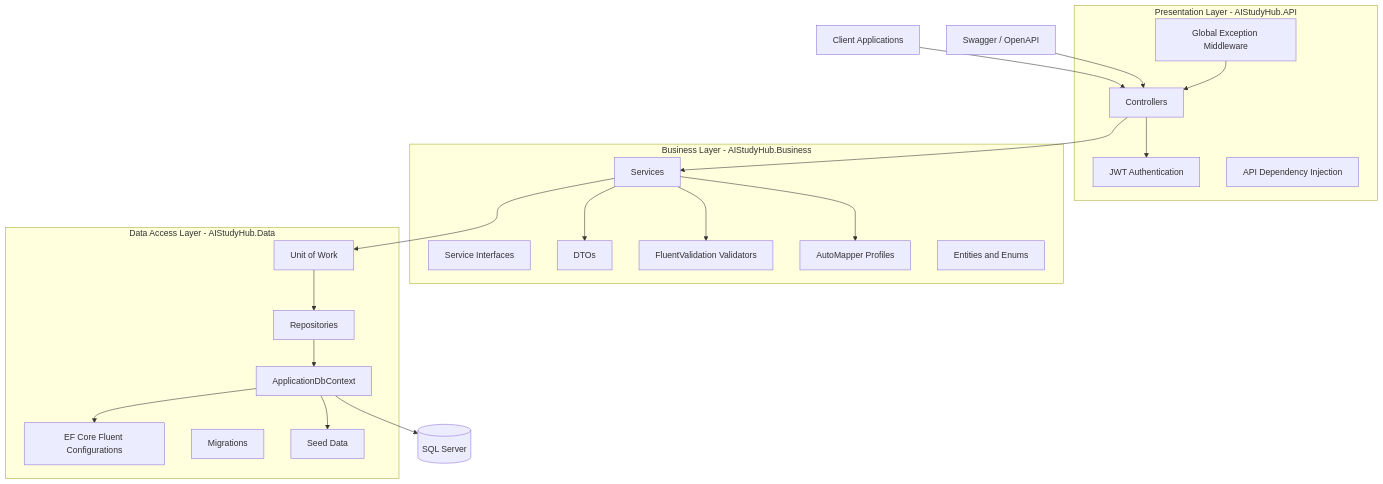
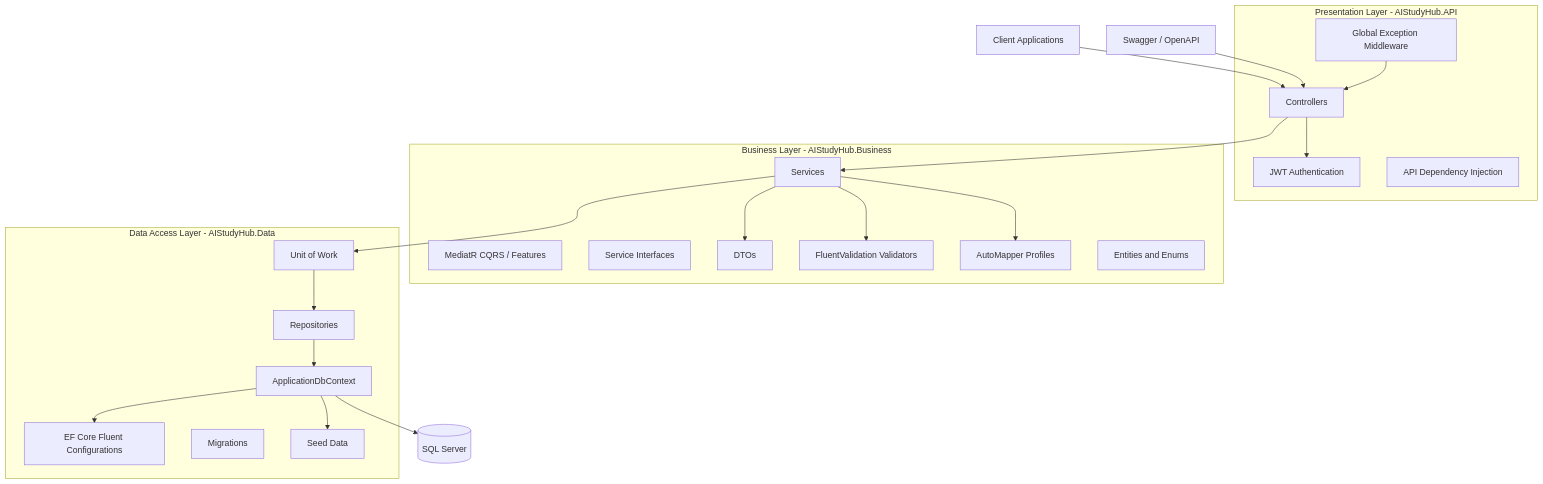
The first of 4 diagrams in docs/ARCHITECTURE.md (SWP391-SU26-SE1923-GROUP5/BE-SWP), drawn with Mermaid before and after one commit. The commit also changed other lines of this file and 4 other files, not shown here.

Commit message:
docs: add project architectural guidelines and development standards documentation

````diff
--- a/docs/ARCHITECTURE.md
+++ b/docs/ARCHITECTURE.md
@@ -5,47 +5,48 @@
 ```mermaid
 flowchart TD
     Client[Client Applications]
     Swagger[Swagger / OpenAPI]
 
     subgraph Presentation["Presentation Layer - AIStudyHub.API"]
         Controllers[Controllers]
         Middleware[Global Exception Middleware]
         Jwt[JWT Authentication]
         ApiDI[API Dependency Injection]
     end
 
     subgraph Business["Business Layer - AIStudyHub.Business"]
+        CQRS[MediatR CQRS / Features]
         Services[Services]
         ServiceInterfaces[Service Interfaces]
         DTOs[DTOs]
         Validators[FluentValidation Validators]
         Mapping[AutoMapper Profiles]
         Entities[Entities and Enums]
     end
 
     subgraph Data["Data Access Layer - AIStudyHub.Data"]
         UnitOfWork[Unit of Work]
         Repositories[Repositories]
         DbContext[ApplicationDbContext]
         Configurations[EF Core Fluent Configurations]
         Migrations[Migrations]
         SeedData[Seed Data]
     end
 
     Database[(SQL Server)]
 
     Client --> Controllers
     Swagger --> Controllers
     Controllers --> Jwt
     Controllers --> Services
     Middleware --> Controllers
     Services --> DTOs
     Services --> Validators
     Services --> Mapping
     Services --> UnitOfWork
     UnitOfWork --> Repositories
     Repositories --> DbContext
     DbContext --> Configurations
     DbContext --> SeedData
     DbContext --> Database
 ```
````
